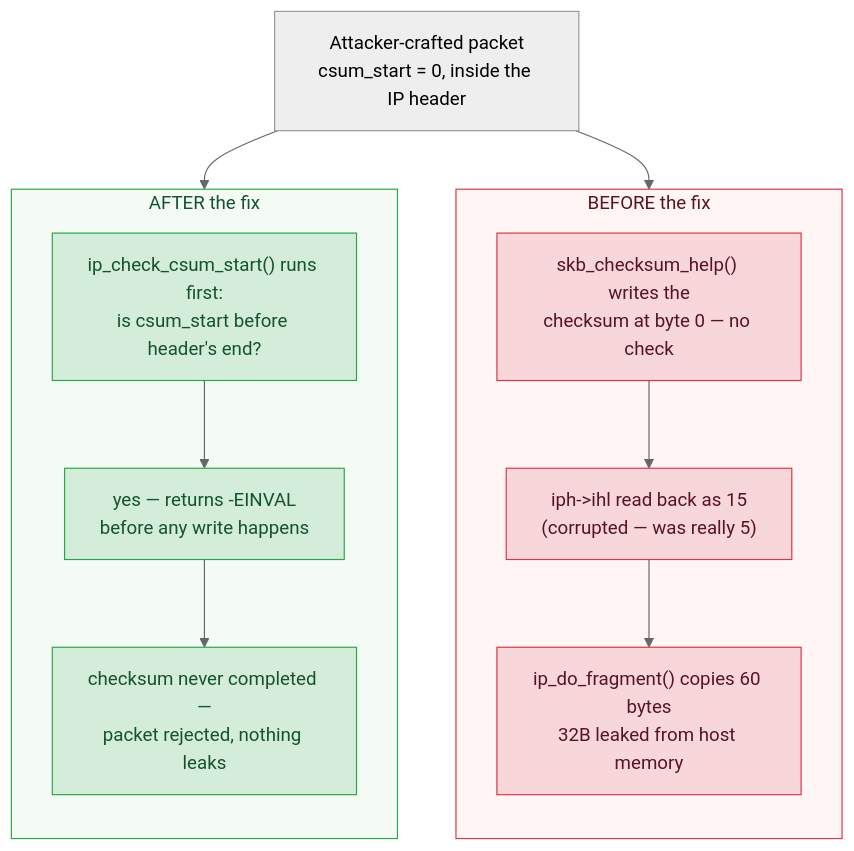
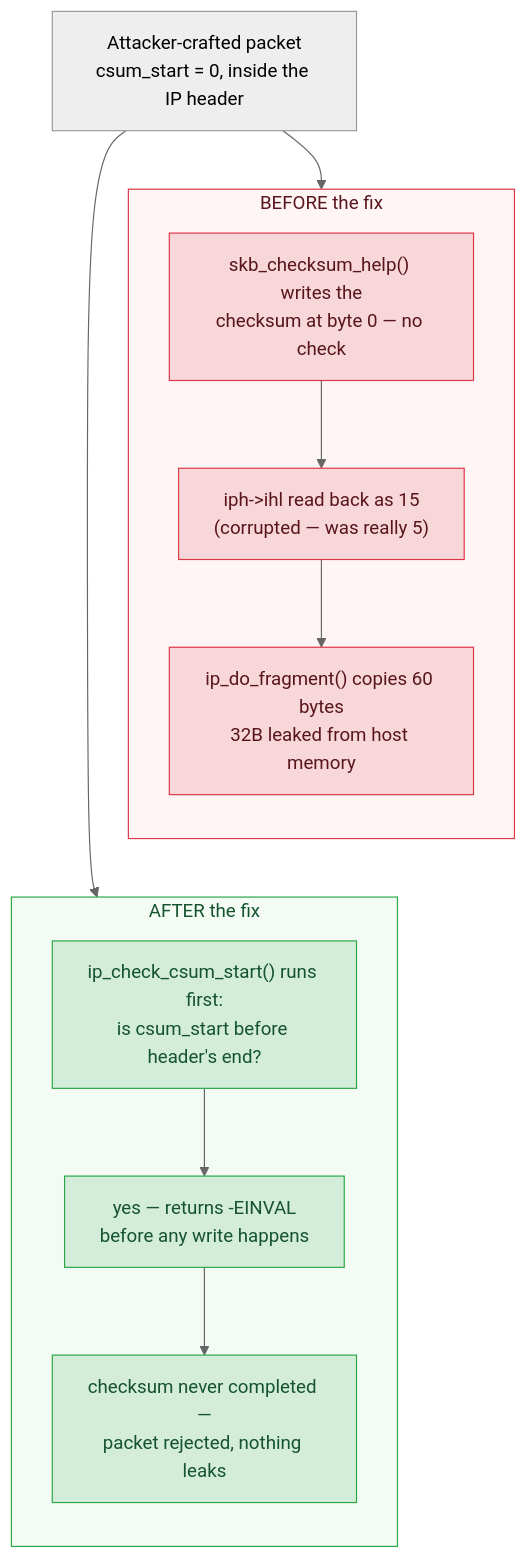
One commit to laveeshb/linux-kernel-internals changed the diagram in docs/net/war-stories/pwnescape.md. Above: the diagram before and after it, drawn with Mermaid (neutral theme).

Commit message:
pwnescape: force BEFORE on the left, AFTER on the right in the fix diagram
dagre's auto-layout doesn't guarantee left-to-right matches source
order for two parallel branches off one node. An invisible ordering
edge between the two subgraphs pins it.

````diff
--- a/docs/net/war-stories/pwnescape.md
+++ b/docs/net/war-stories/pwnescape.md
@@ -273,30 +273,31 @@
 ```mermaid
 flowchart TD
     A["Attacker-crafted packet<br/>csum_start = 0, inside the IP header"]
 
     subgraph before[" BEFORE the fix "]
         direction TB
         B1["skb_checksum_help() writes the<br/>checksum at byte 0 — no check"]
         B2["iph-&gt;ihl read back as 15<br/>(corrupted — was really 5)"]
         B3["ip_do_fragment() copies 60 bytes<br/>32B leaked from host memory"]
         B1 --> B2 --> B3
     end
 
     subgraph after[" AFTER the fix "]
         direction TB
         C1["ip_check_csum_start() runs first:<br/>is csum_start before header's end?"]
         C2["yes — returns -EINVAL<br/>before any write happens"]
         C3["checksum never completed —<br/>packet rejected, nothing leaks"]
         C1 --> C2 --> C3
     end
 
     A --> B1
     A --> C1
+    before ~~~ after
 
     classDef bugNode fill:#f8d7da,stroke:#dc3545,color:#58151c
     classDef fixNode fill:#d4edda,stroke:#28a745,color:#14532d
     class B1,B2,B3 bugNode
     class C1,C2,C3 fixNode
     style before fill:#fff5f5,stroke:#dc3545,color:#58151c
     style after fill:#f3fbf4,stroke:#28a745,color:#14532d
 ```
````
